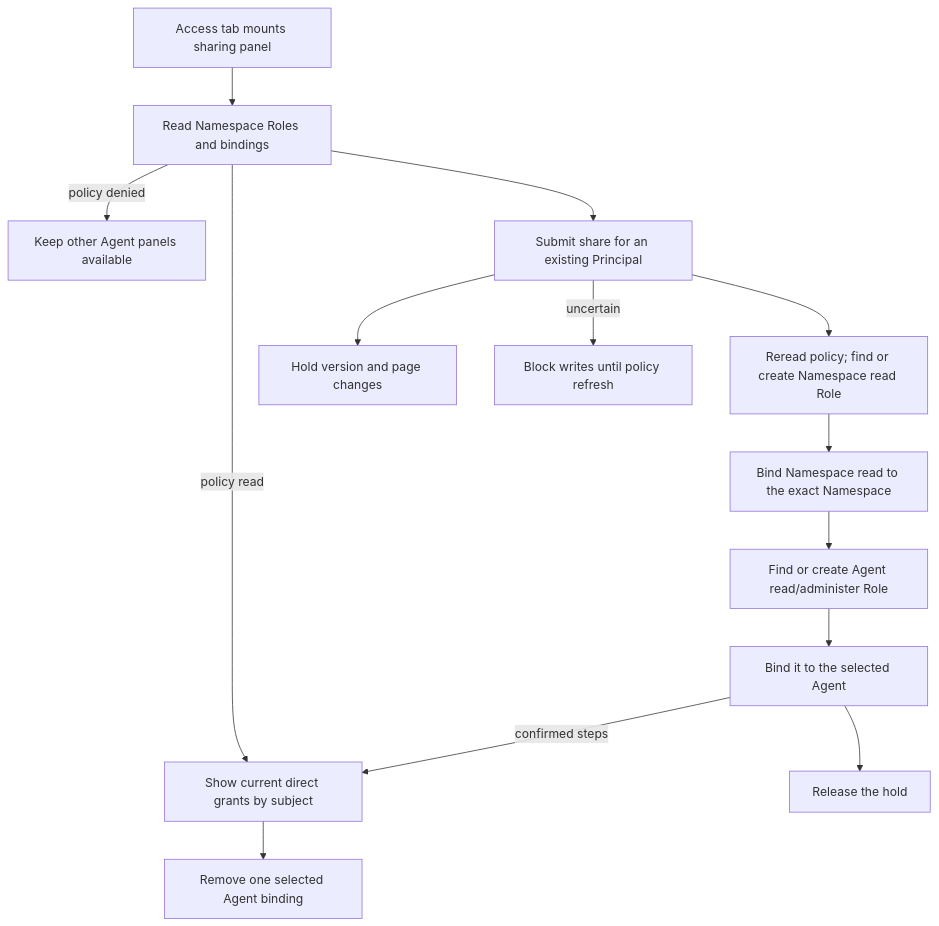
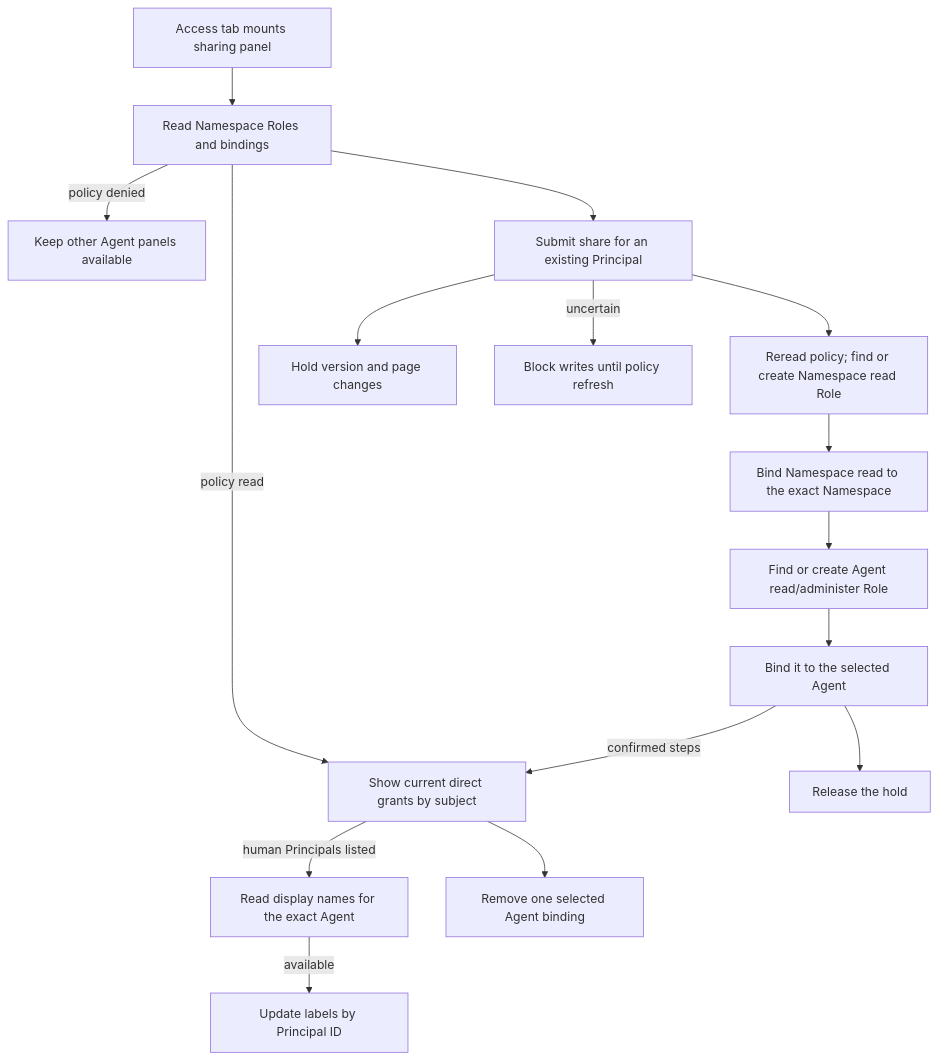
Before and after one commit to openclaw/openclaw-enterprise: the diagram in docs/flows/platform-console/agent-sharing.md, drawn with Mermaid. The commit also changed other lines of this file and 18 other files, not shown here.

Commit message:
Show guarded account display names in the Agent grant roster

````diff
--- a/docs/flows/platform-console/agent-sharing.md
+++ b/docs/flows/platform-console/agent-sharing.md
@@ -29,16 +29,18 @@
 ```mermaid
 graph TD
   A["Access tab mounts sharing panel"] --> B["Read Namespace Roles and bindings"]
   B -->|policy denied| K["Keep other Agent panels available"]
   B -->|policy read| H["Show current direct grants by subject"]
+  H -->|human Principals listed| N["Read display names for the exact Agent"]
+  N -->|available| L["Update labels by Principal ID"]
   B --> C["Submit share for an existing Principal"]
   C --> D["Reread policy; find or create Namespace read Role"]
   D --> E["Bind Namespace read to the exact Namespace"]
   E --> F["Find or create Agent read/administer Role"]
   F --> G["Bind it to the selected Agent"]
   C --> P["Hold version and page changes"]
   G -->|confirmed steps| H
   G --> U["Release the hold"]
   C -->|uncertain| Q["Block writes until policy refresh"]
   H --> R["Remove one selected Agent binding"]
 ```
````
